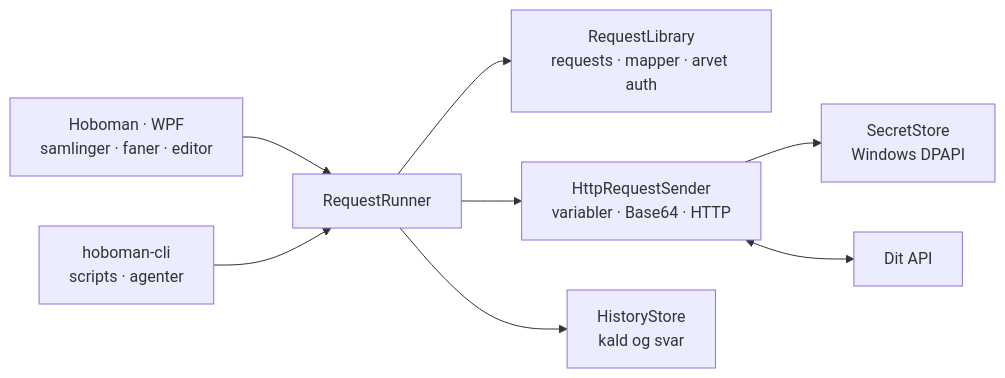
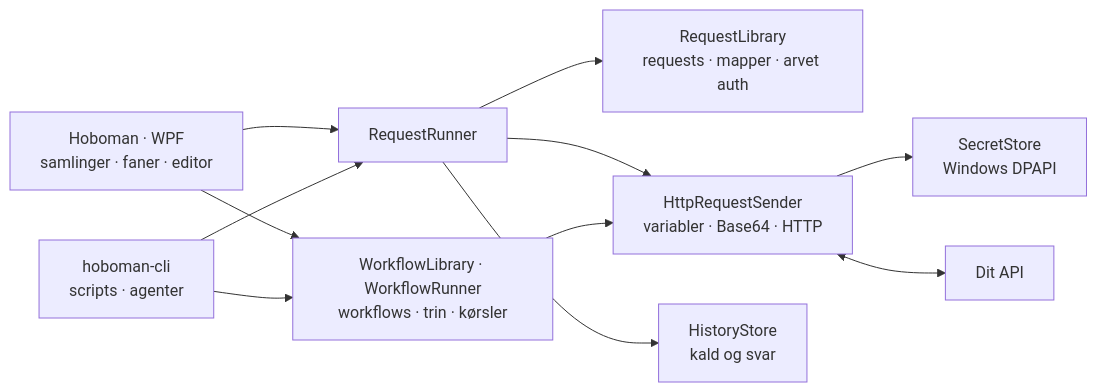
Before and after one commit to JLandbo/hoboman: the diagram in README.md, drawn with Mermaid. The commit also changed other lines of this file and 68 other files, not shown here.

````diff
--- a/README.md
+++ b/README.md
@@ -103,19 +103,23 @@
 ```mermaid
 flowchart LR
     UI["Hoboman · WPF<br/>samlinger · faner · editor"]
     Cli["hoboman-cli<br/>scripts · agenter"]
     Runner["RequestRunner"]
     Library["RequestLibrary<br/>requests · mapper · arvet auth"]
     Sender["HttpRequestSender<br/>variabler · Base64 · HTTP"]
     Secrets["SecretStore<br/>Windows DPAPI"]
     History["HistoryStore<br/>kald og svar"]
+    Workflows["WorkflowLibrary · WorkflowRunner<br/>workflows · trin · kørsler"]
     API["Dit API"]
 
     UI --> Runner
     Cli --> Runner
     Runner --> Library
     Runner --> Sender
     Sender --> Secrets
     Sender <--> API
     Runner --> History
+    UI --> Workflows
+    Cli --> Workflows
+    Workflows --> Sender
 ```
````
